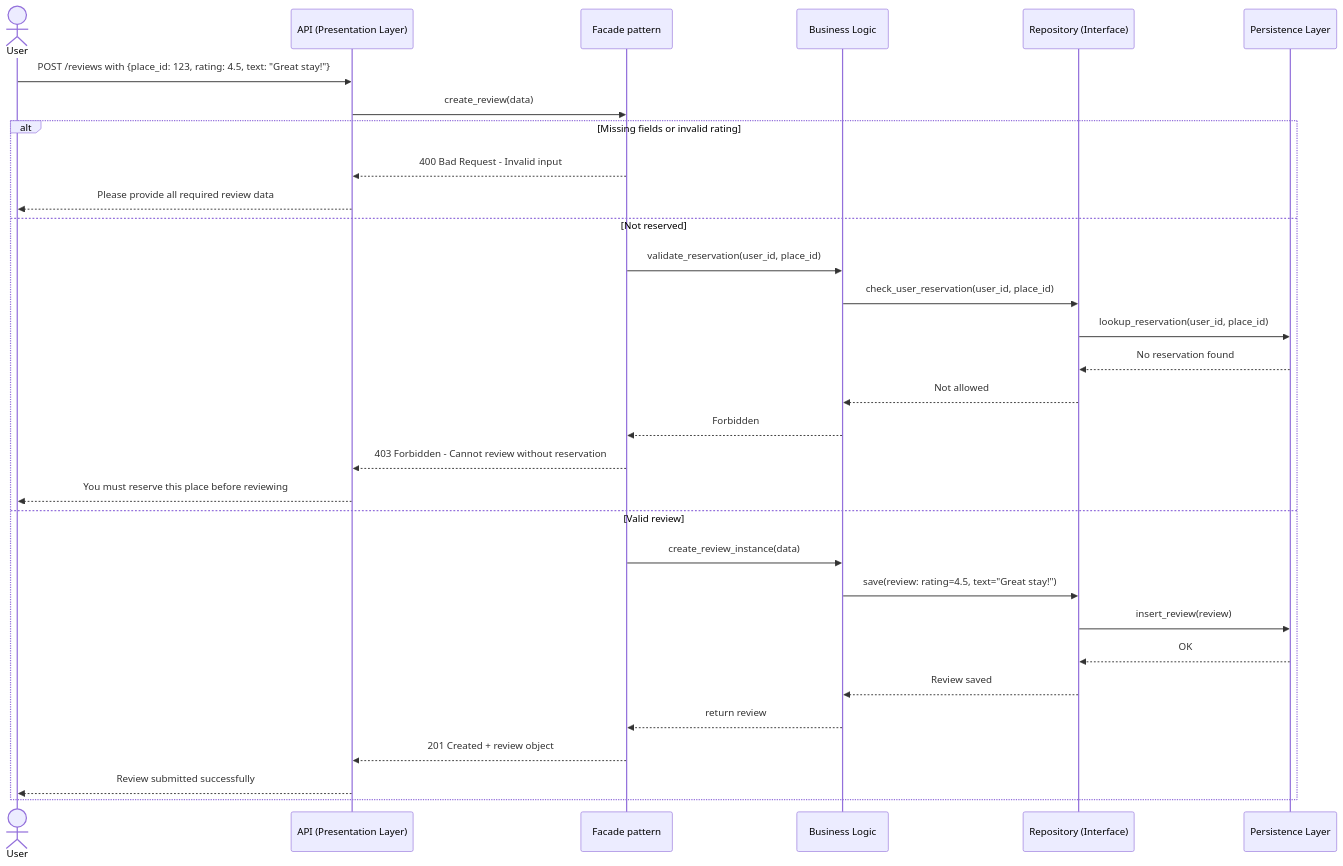
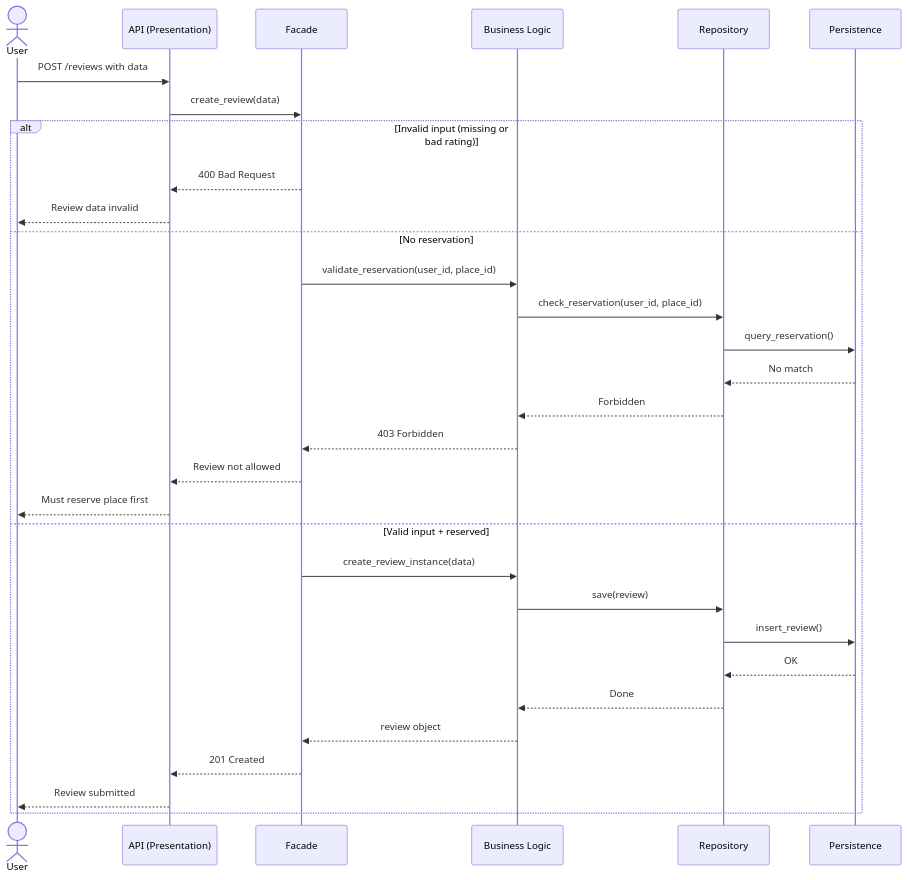
One commit to Ravou/holbertonschool-hbnb changed the diagram in Part1/sequence_review.md. Above: the diagram before and after it, drawn with Mermaid.

Commit message:
change sequence_review diagram

````diff
--- a/Part1/sequence_review.md
+++ b/Part1/sequence_review.md
@@ -1,48 +1,35 @@
 ```mermaid
 sequenceDiagram
-    %% Layers:
-    %% Presentation: User, API
-    %% Business Logic: Facade, BusinessLogic, Repository
-    %% Persistence: Persistence
+    actor User
+    participant API as API (Presentation)
+    participant Facade
+    participant Logic as Business Logic
+    participant Repo as Repository
+    participant DB as Persistence
 
-    actor User
-    participant API as API (Presentation Layer)
-    participant Facade as Facade pattern
-    participant BusinessLogic as Business Logic
-    participant Repository as Repository (Interface)
-    participant Persistence as Persistence Layer
-
-    User ->> API: POST /reviews with {place_id: 123, rating: 4.5, text: "Great stay!"}
+    User ->> API: POST /reviews with data
     API ->> Facade: create_review(data)
 
-    alt Missing fields or invalid rating
-        Facade -->> API: 400 Bad Request - Invalid input
-        API -->> User: Please provide all required review data
-    else Not reserved
-        Facade ->> BusinessLogic: validate_reservation(user_id, place_id)
-        BusinessLogic ->> Repository: check_user_reservation(user_id, place_id)
-        Repository ->> Persistence: lookup_reservation(user_id, place_id)
-        Persistence -->> Repository: No reservation found
-        Repository -->> BusinessLogic: Not allowed
-        BusinessLogic -->> Facade: Forbidden
-        Facade -->> API: 403 Forbidden - Cannot review without reservation
-        API -->> User: You must reserve this place before reviewing
-    else Valid review
-        Facade ->> BusinessLogic: create_review_instance(data)
-        BusinessLogic ->> Repository: save(review: rating=4.5, text="Great stay!")
-        Repository ->> Persistence: insert_review(review)
-        Persistence -->> Repository: OK
-        Repository -->> BusinessLogic: Review saved
-        BusinessLogic -->> Facade: return review
-        Facade -->> API: 201 Created + review object
-        API -->> User: Review submitted successfully
+    alt Invalid input (missing or bad rating)
+        Facade -->> API: 400 Bad Request
+        API -->> User: Review data invalid
+    else No reservation
+        Facade ->> Logic: validate_reservation(user_id, place_id)
+        Logic ->> Repo: check_reservation(user_id, place_id)
+        Repo ->> DB: query_reservation()
+        DB -->> Repo: No match
+        Repo -->> Logic: Forbidden
+        Logic -->> Facade: 403 Forbidden
+        Facade -->> API: Review not allowed
+        API -->> User: Must reserve place first
+    else Valid input + reserved
+        Facade ->> Logic: create_review_instance(data)
+        Logic ->> Repo: save(review)
+        Repo ->> DB: insert_review()
+        DB -->> Repo: OK
+        Repo -->> Logic: Done
+        Logic -->> Facade: review object
+        Facade -->> API: 201 Created
+        API -->> User: Review submitted
     end
-
-
-
-
-
-
-
-
 ```
````
